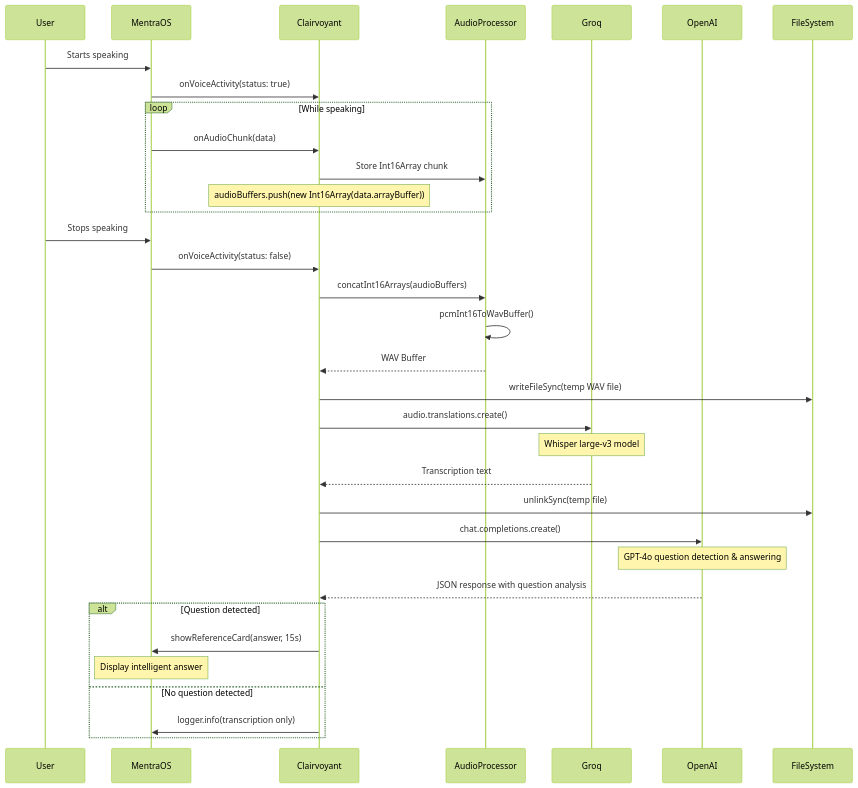
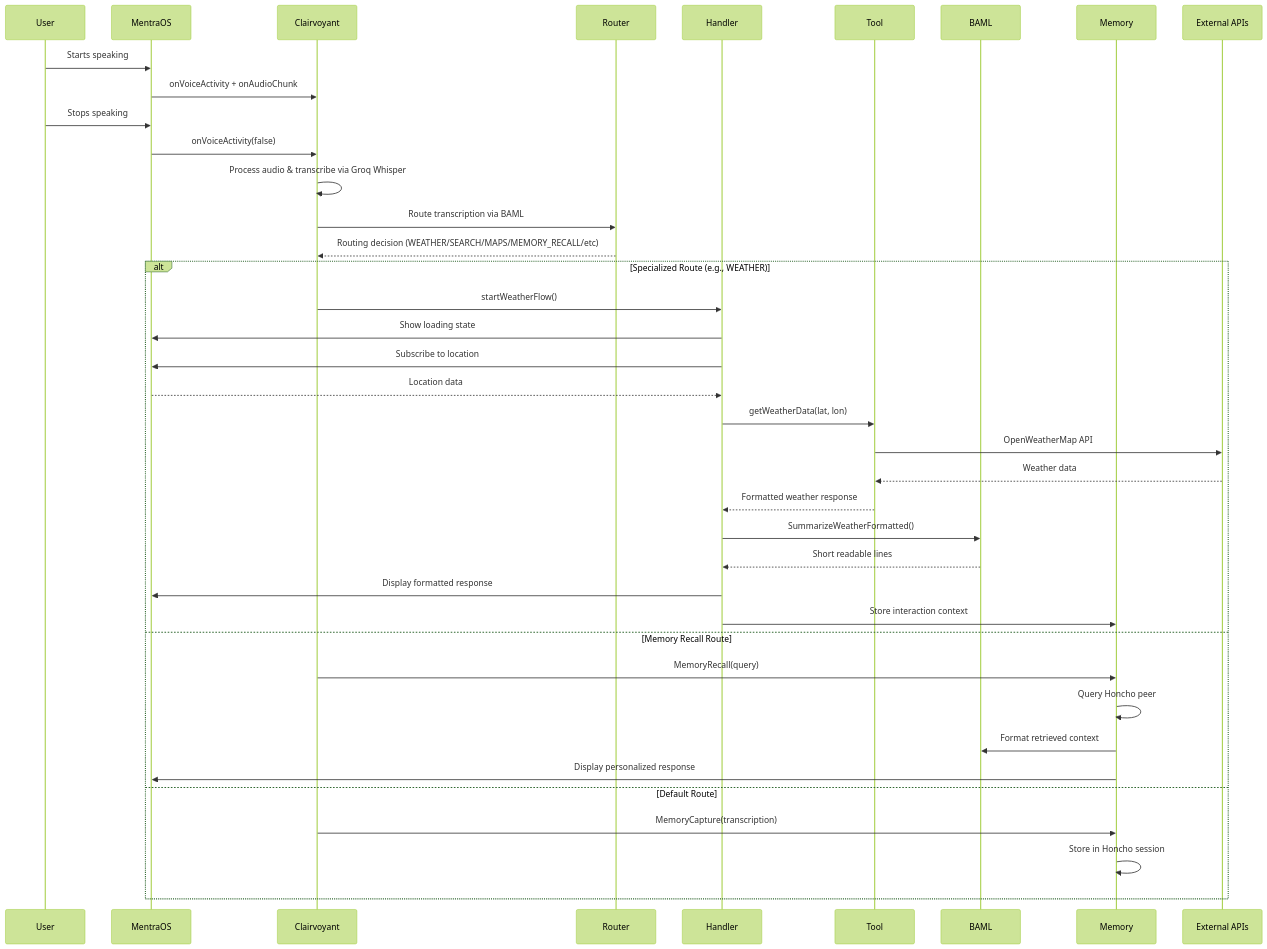
The diagram in README.md (drewomix/jarvi), drawn with Mermaid (forest theme) before and after one commit. The commit also changed other lines of this file, not shown here.

First line of the commit message:
docs: comprehensive README update reflecting current architecture

````diff
--- a/README.md
+++ b/README.md
@@ -19,43 +21,45 @@
 ```mermaid
 sequenceDiagram
     participant User
     participant MentraOS
     participant Clairvoyant
-    participant AudioProcessor
-    participant Groq
-    participant OpenAI
-    participant FileSystem
+    participant Router
+    participant Handler
+    participant Tool
+    participant BAML
+    participant Memory
+    participant ExtAPI as External APIs
 
     User->>MentraOS: Starts speaking
-    MentraOS->>Clairvoyant: onVoiceActivity(status: true)
-    
-    loop While speaking
-        MentraOS->>Clairvoyant: onAudioChunk(data)
-        Clairvoyant->>AudioProcessor: Store Int16Array chunk
-        Note over Clairvoyant: audioBuffers.push(new Int16Array(data.arrayBuffer))
-    end
+    MentraOS->>Clairvoyant: onVoiceActivity + onAudioChunk
     
     User->>MentraOS: Stops speaking  
-    MentraOS->>Clairvoyant: onVoiceActivity(status: false)
+    MentraOS->>Clairvoyant: onVoiceActivity(false)
     
-    Clairvoyant->>AudioProcessor: concatInt16Arrays(audioBuffers)
-    AudioProcessor->>AudioProcessor: pcmInt16ToWavBuffer()
-    AudioProcessor-->>Clairvoyant: WAV Buffer
+    Clairvoyant->>Clairvoyant: Process audio & transcribe via Groq Whisper
+    Clairvoyant->>Router: Route transcription via BAML
+    Router-->>Clairvoyant: Routing decision (WEATHER/SEARCH/MAPS/MEMORY_RECALL/etc)
     
-    Clairvoyant->>FileSystem: writeFileSync(temp WAV file)
-    Clairvoyant->>Groq: audio.translations.create()
-    Note over Groq: Whisper large-v3 model
-    Groq-->>Clairvoyant: Transcription text
-    
-    Clairvoyant->>FileSystem: unlinkSync(temp file)
-    Clairvoyant->>OpenAI: chat.completions.create()
-    Note over OpenAI: GPT-4o question detection & answering
-    OpenAI-->>Clairvoyant: JSON response with question analysis
-    
-    alt Question detected
-        Clairvoyant->>MentraOS: showReferenceCard(answer, 15s)
-        Note over MentraOS: Display intelligent answer
-    else No question detected
-        Clairvoyant->>MentraOS: logger.info(transcription only)
+    alt Specialized Route (e.g., WEATHER)
+        Clairvoyant->>Handler: startWeatherFlow()
+        Handler->>MentraOS: Show loading state
+        Handler->>MentraOS: Subscribe to location
+        MentraOS-->>Handler: Location data
+        Handler->>Tool: getWeatherData(lat, lon)
+        Tool->>ExtAPI: OpenWeatherMap API
+        ExtAPI-->>Tool: Weather data
+        Tool-->>Handler: Formatted weather response
+        Handler->>BAML: SummarizeWeatherFormatted()
+        BAML-->>Handler: Short readable lines
+        Handler->>MentraOS: Display formatted response
+        Handler->>Memory: Store interaction context
+    else Memory Recall Route
+        Clairvoyant->>Memory: MemoryRecall(query)
+        Memory->>Memory: Query Honcho peer
+        Memory->>BAML: Format retrieved context
+        Memory->>MentraOS: Display personalized response
+    else Default Route
+        Clairvoyant->>Memory: MemoryCapture(transcription)
+        Memory->>Memory: Store in Honcho session
     end
 ```
````
